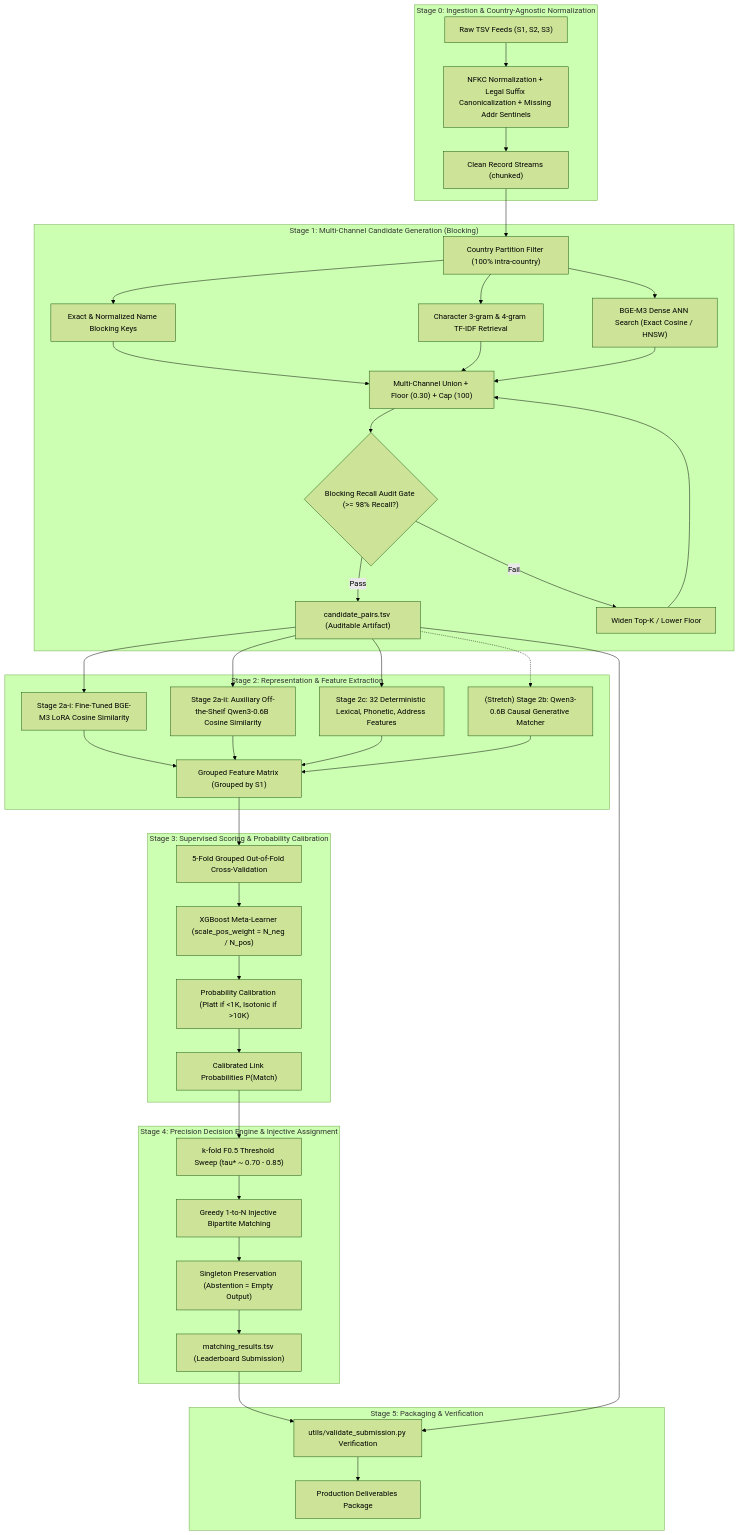
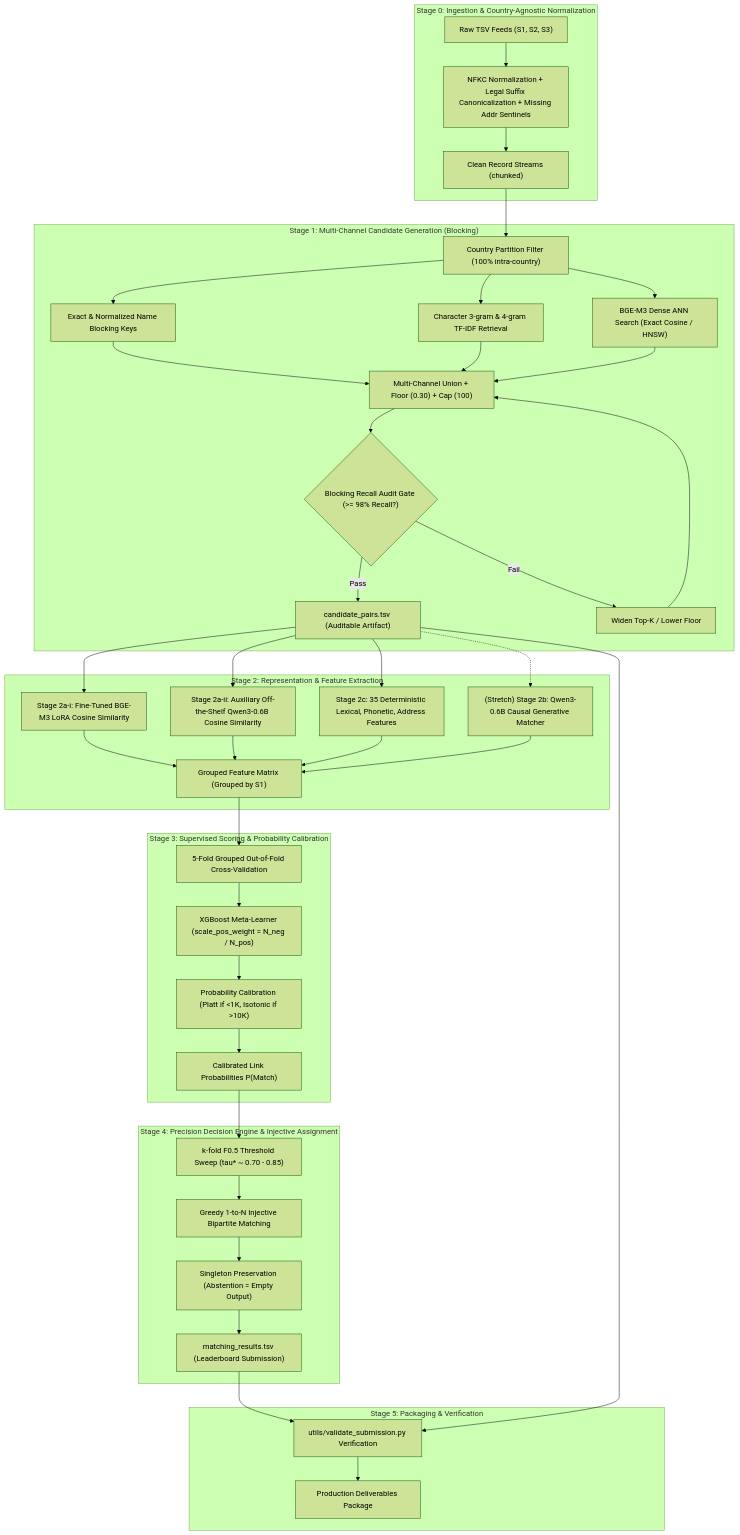
Before and after one commit to priyanshu-ogdev/AmazonMLChallenge2026: the diagram in docs/02_system_architecture.md, drawn with Mermaid (forest theme). The commit also changed other lines of this file and 11 other files, not shown here.

Commit message:
docs: synchronize all architecture, stage specifications, and CLI references with verified codebase

````diff
--- a/docs/02_system_architecture.md
+++ b/docs/02_system_architecture.md
@@ -21,46 +21,46 @@
 ```mermaid
 flowchart TD
     subgraph S0["Stage 0: Ingestion & Country-Agnostic Normalization"]
         Raw["Raw TSV Feeds (S1, S2, S3)"] --> NORM["NFKC Normalization + Legal Suffix Canonicalization + Missing Addr Sentinels"]
         NORM --> REC["Clean Record Streams (chunked)"]
     end
 
     subgraph S1["Stage 1: Multi-Channel Candidate Generation (Blocking)"]
         REC --> CP["Country Partition Filter (100% intra-country)"]
         CP --> BK["Exact & Normalized Name Blocking Keys"]
         CP --> TF["Character 3-gram & 4-gram TF-IDF Retrieval"]
         CP --> ANN["BGE-M3 Dense ANN Search (Exact Cosine / HNSW)"]
         BK & TF & ANN --> UNION["Multi-Channel Union + Floor (0.30) + Cap (100)"]
         UNION --> AUDIT{"Blocking Recall Audit Gate (>= 98% Recall?)"}
         AUDIT -- Pass --> CP_TSV["candidate_pairs.tsv (Auditable Artifact)"]
         AUDIT -- Fail --> RETUNE["Widen Top-K / Lower Floor"]
         RETUNE --> UNION
     end
 
     subgraph S2["Stage 2: Representation & Feature Extraction"]
         CP_TSV --> F_2ai["Stage 2a-i: Fine-Tuned BGE-M3 LoRA Cosine Similarity"]
         CP_TSV --> F_2aii["Stage 2a-ii: Auxiliary Off-the-Shelf Qwen3-0.6B Cosine Similarity"]
-        CP_TSV --> F_2c["Stage 2c: 32 Deterministic Lexical, Phonetic, Address Features"]
+        CP_TSV --> F_2c["Stage 2c: 35 Deterministic Lexical, Phonetic, Address Features"]
         CP_TSV -.-> F_2b["(Stretch) Stage 2b: Qwen3-0.6B Causal Generative Matcher"]
         F_2ai & F_2aii & F_2c & F_2b --> MATRIX["Grouped Feature Matrix (Grouped by S1)"]
     end
 
     subgraph S3["Stage 3: Supervised Scoring & Probability Calibration"]
         MATRIX --> OOF["5-Fold Grouped Out-of-Fold Cross-Validation"]
         OOF --> XGB["XGBoost Meta-Learner (scale_pos_weight = N_neg / N_pos)"]
         XGB --> CALIB["Probability Calibration (Platt if <1K, Isotonic if >10K)"]
         CALIB --> PROBS["Calibrated Link Probabilities P(Match)"]
     end
 
     subgraph S4["Stage 4: Precision Decision Engine & Injective Assignment"]
         PROBS --> SWEEP["k-fold F0.5 Threshold Sweep (tau* ~ 0.70 - 0.85)"]
         SWEEP --> INJECT["Greedy 1-to-N Injective Bipartite Matching"]
         INJECT --> SINGLE["Singleton Preservation (Abstention = Empty Output)"]
         SINGLE --> RES["matching_results.tsv (Leaderboard Submission)"]
     end
 
     subgraph S5["Stage 5: Packaging & Verification"]
         RES & CP_TSV --> VAL["utils/validate_submission.py Verification"]
         VAL --> SHIP["Production Deliverables Package"]
     end
 ```
````
